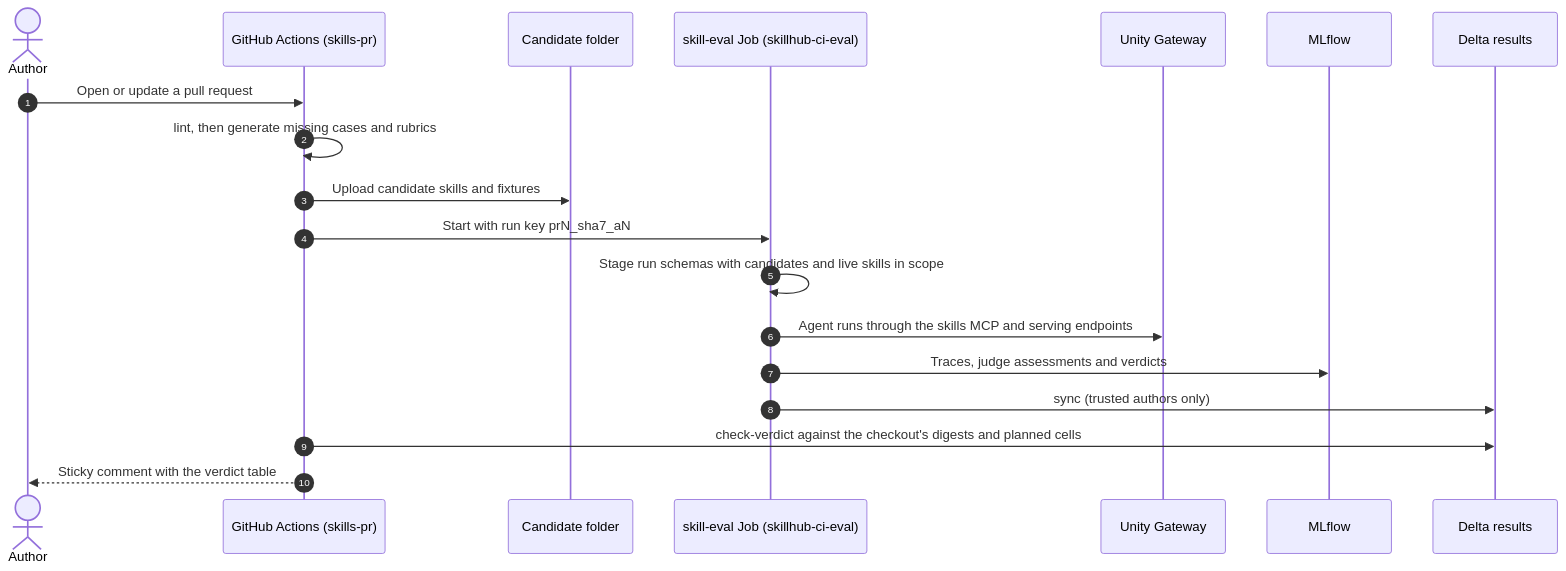
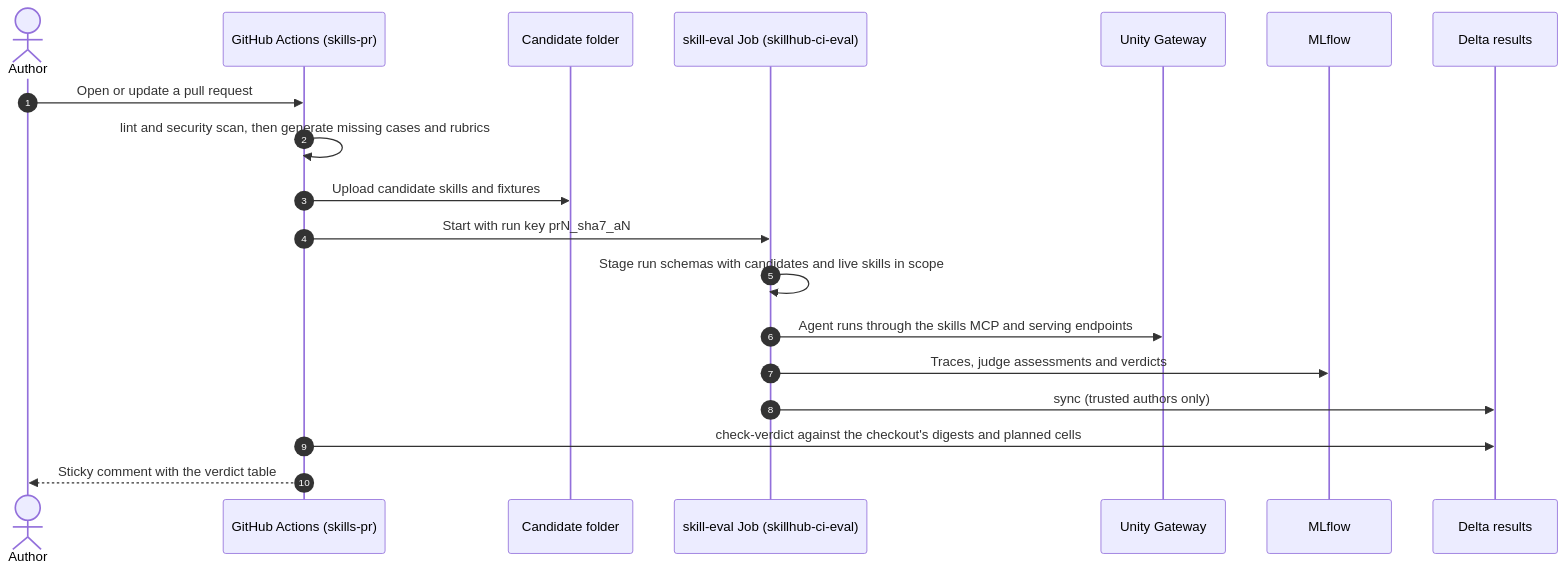
Before and after one commit to manganganath/agent-skill-eval-on-databricks: the first of 4 diagrams in docs/architecture.md, drawn with Mermaid. The commit also changed 20 other files, not shown here.

First line of the commit message:
feat: security scan of skills in the pull request gate and at publish

````diff
--- a/docs/architecture.md
+++ b/docs/architecture.md
@@ -25,21 +25,21 @@
 ```mermaid
 sequenceDiagram
   autonumber
   actor A as Author
   participant GH as GitHub Actions (skills-pr)
   participant WS as Candidate folder
   participant J as skill-eval Job (skillhub-ci-eval)
   participant UG as Unity Gateway
   participant ML as MLflow
   participant D as Delta results
   A->>GH: Open or update a pull request
-  GH->>GH: lint, then generate missing cases and rubrics
+  GH->>GH: lint and security scan, then generate missing cases and rubrics
   GH->>WS: Upload candidate skills and fixtures
   GH->>J: Start with run key prN_sha7_aN
   J->>J: Stage run schemas with candidates and live skills in scope
   J->>UG: Agent runs through the skills MCP and serving endpoints
   J->>ML: Traces, judge assessments and verdicts
   J->>D: sync (trusted authors only)
   GH->>D: check-verdict against the checkout's digests and planned cells
   GH-->>A: Sticky comment with the verdict table
 ```
````
